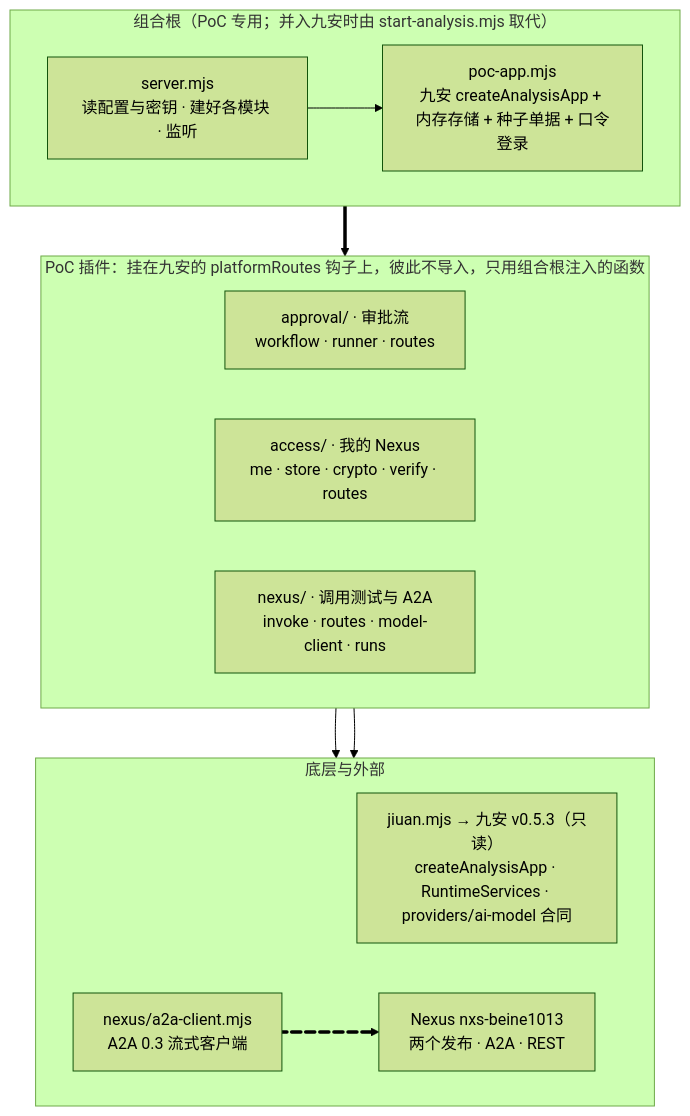
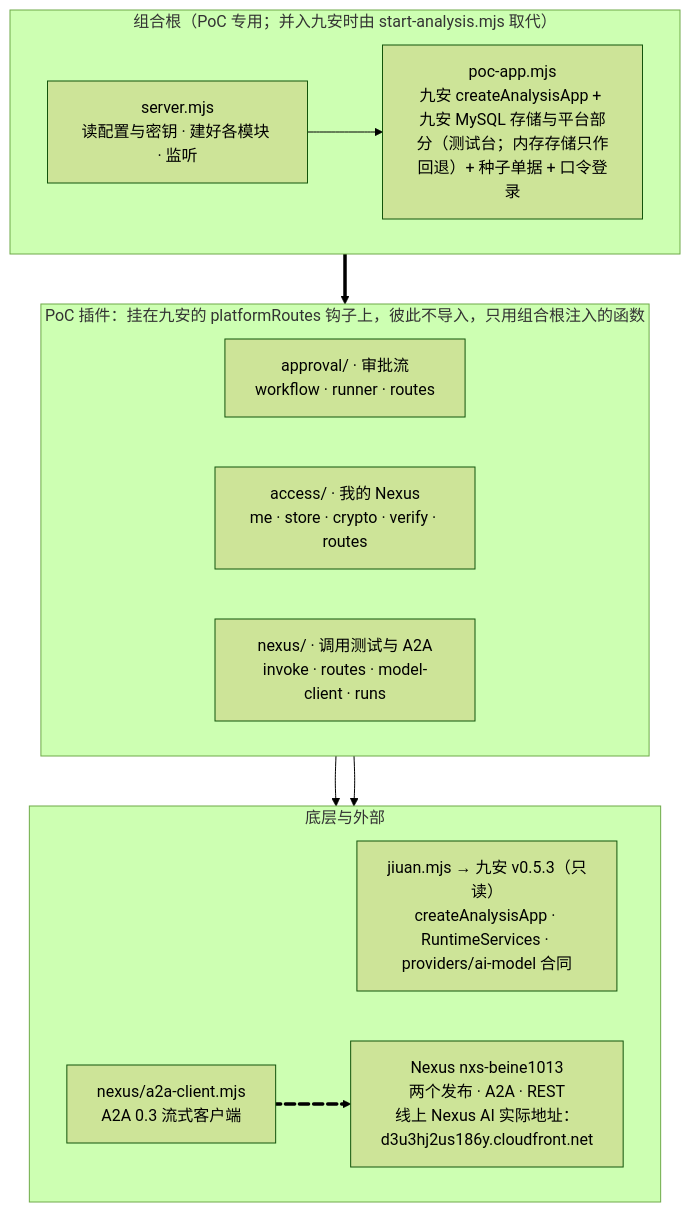
Before and after one commit to LiboMa/nexus-jiuan-agent-framework-poc: the diagram in docs/assets/diagrams/arch-layers.mmd, drawn with Mermaid (forest theme). The commit also changed 118 other files, not shown here.

```diff
--- a/docs/assets/diagrams/arch-layers.mmd
+++ b/docs/assets/diagrams/arch-layers.mmd
@@ -1,26 +1,26 @@
 flowchart TB
   subgraph root["组合根（PoC 专用；并入九安时由 start-analysis.mjs 取代）"]
     direction LR
-    server["server.mjs<br/>读配置与密钥 · 建好各模块 · 监听"] --> pocapp["poc-app.mjs<br/>九安 createAnalysisApp + 内存存储 + 种子单据 + 口令登录"]
+    server["server.mjs<br/>读配置与密钥 · 建好各模块 · 监听"] --> pocapp["poc-app.mjs<br/>九安 createAnalysisApp + 九安 MySQL 存储与平台部分（测试台；内存存储只作回退）+ 种子单据 + 口令登录"]
   end
   subgraph plugins["PoC 插件：挂在九安的 platformRoutes 钩子上，彼此不导入，只用组合根注入的函数"]
     direction LR
     approval["approval/ · 审批流<br/>workflow · runner · routes"]
     access["access/ · 我的 Nexus<br/>me · store · crypto · verify · routes"]
     nexus["nexus/ · 调用测试与 A2A<br/>invoke · routes · model-client · runs"]
   end
   subgraph base["底层与外部"]
     direction LR
     jiuan["jiuan.mjs → 九安 v0.5.3（只读）<br/>createAnalysisApp · RuntimeServices · providers/ai-model 合同"]
     a2a["nexus/a2a-client.mjs<br/>A2A 0.3 流式客户端"]
-    hub["Nexus nxs-beine1013<br/>两个发布 · A2A · REST"]
+    hub["Nexus nxs-beine1013<br/>两个发布 · A2A · REST<br/>线上 Nexus AI 实际地址：d3u3hj2us186y.cloudfront.net"]
   end
   root ==> plugins
   plugins --> jiuan
   plugins --> a2a
   a2a e1@==> hub
   e1@{ animate: true }
   class server,pocapp pocOnly
   class approval,access,nexus,a2a poc
   class jiuan jiuan
   class hub nexus
```
